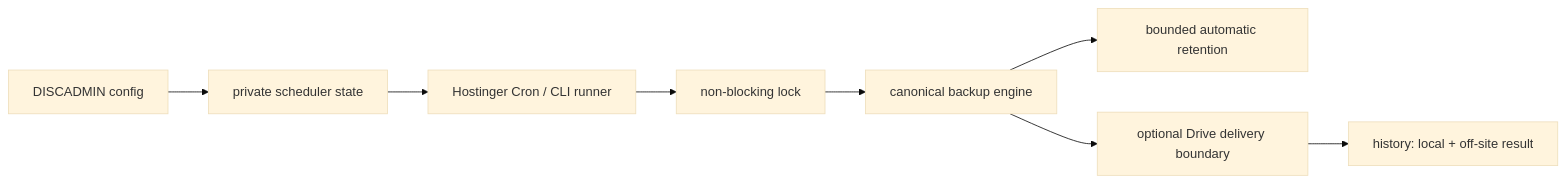
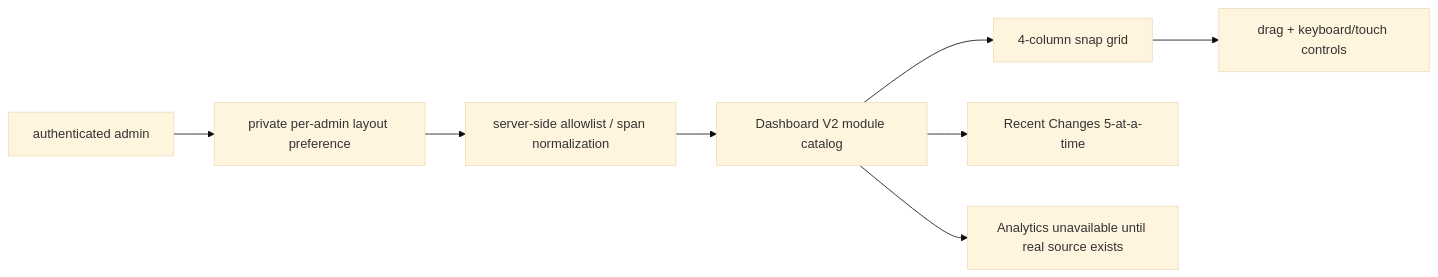
Before and after one commit to pl0n3r/brvtal: the diagram in README.md, drawn with Mermaid (base theme). The commit also changed other lines of this file and 12 other files, not shown here.

First line of the commit message:
feat(dashboard): configurable per-admin workspace (v0.1.64)

````diff
--- a/README.md
+++ b/README.md
@@ -45,10 +45,10 @@
 ```mermaid
 flowchart LR
-  C["DISCADMIN config"] --> S["private scheduler state"]
-  S --> R["Hostinger Cron / CLI runner"]
-  R --> L["non-blocking lock"]
-  L --> B["canonical backup engine"]
-  B --> T["bounded automatic retention"]
-  B --> D["optional Drive delivery boundary"]
-  D --> H["history: local + off-site result"]
+  A["authenticated admin"] --> P["private per-admin layout preference"]
+  P --> N["server-side allowlist / span normalization"]
+  N --> D["Dashboard V2 module catalog"]
+  D --> G["4-column snap grid"]
+  G --> C["drag + keyboard/touch controls"]
+  D --> F["Recent Changes 5-at-a-time"]
+  D --> X["Analytics unavailable until real source exists"]
 ```
````
